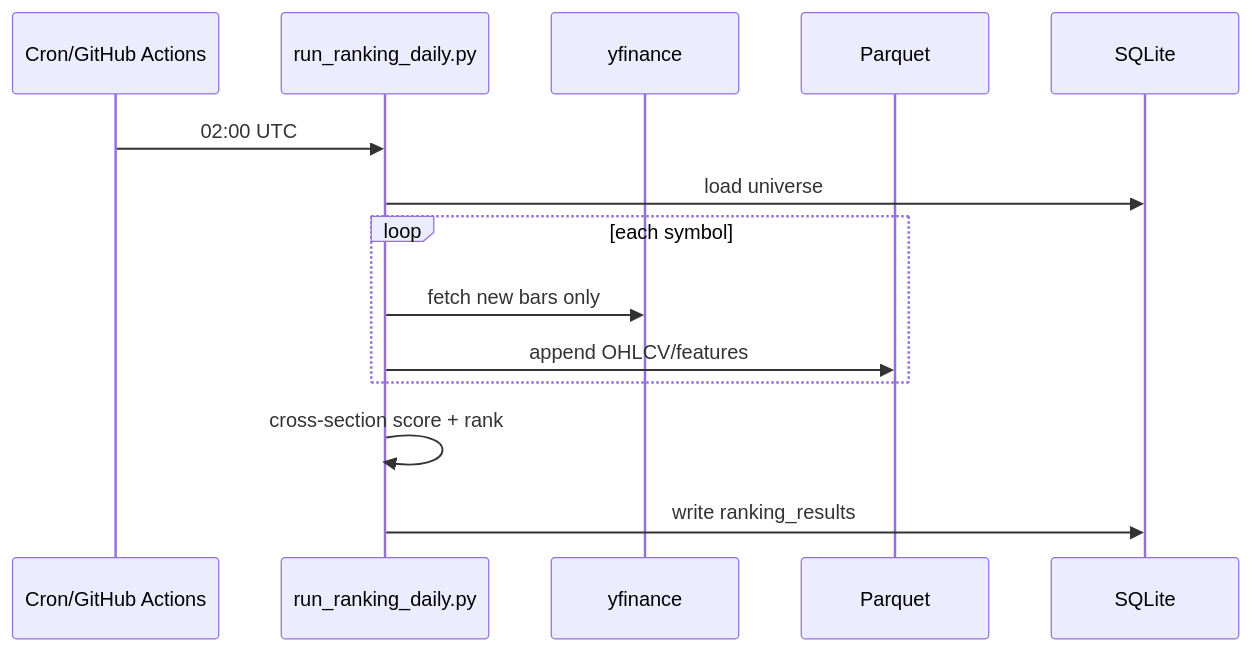
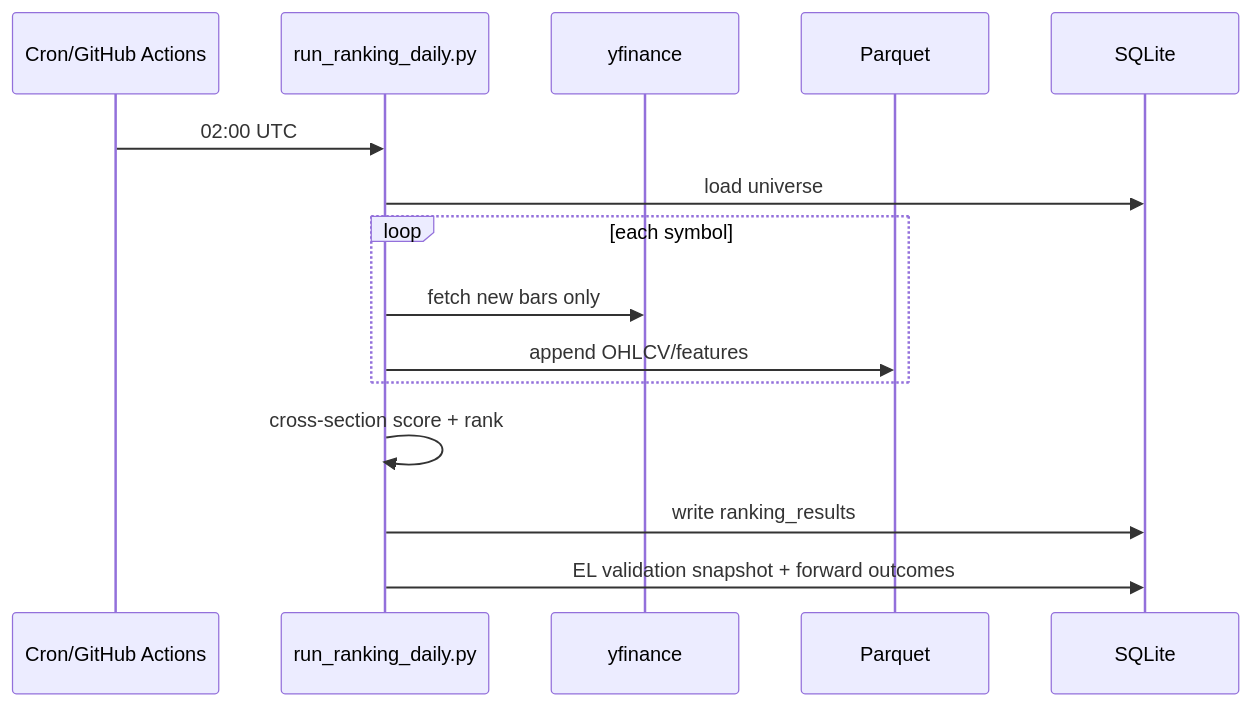
Before and after one commit to the-tungee-brain/stock-analysis-service: the second of 2 diagrams in docs/ranking_pipeline_architecture.md, drawn with Mermaid. The commit also changed other lines of this file and 4 other files, not shown here.

````diff
--- a/docs/ranking_pipeline_architecture.md
+++ b/docs/ranking_pipeline_architecture.md
@@ -293,16 +294,17 @@
 ```mermaid
 sequenceDiagram
   participant Cron as Cron/GitHub Actions
   participant Daily as run_ranking_daily.py
   participant YF as yfinance
   participant PQ as Parquet
   participant DB as SQLite
   Cron->>Daily: 02:00 UTC
   Daily->>DB: load universe
   loop each symbol
     Daily->>YF: fetch new bars only
     Daily->>PQ: append OHLCV/features
   end
   Daily->>Daily: cross-section score + rank
   Daily->>DB: write ranking_results
+  Daily->>DB: EL validation snapshot + forward outcomes
 ```
````
